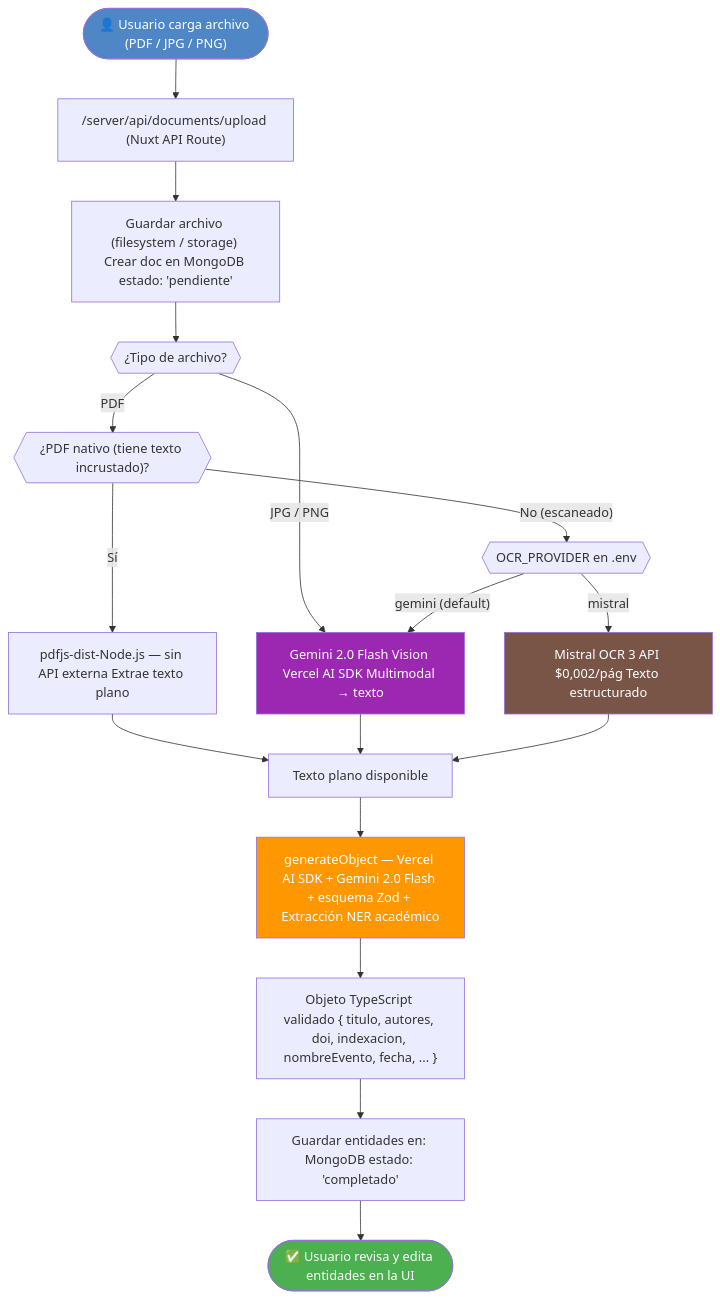
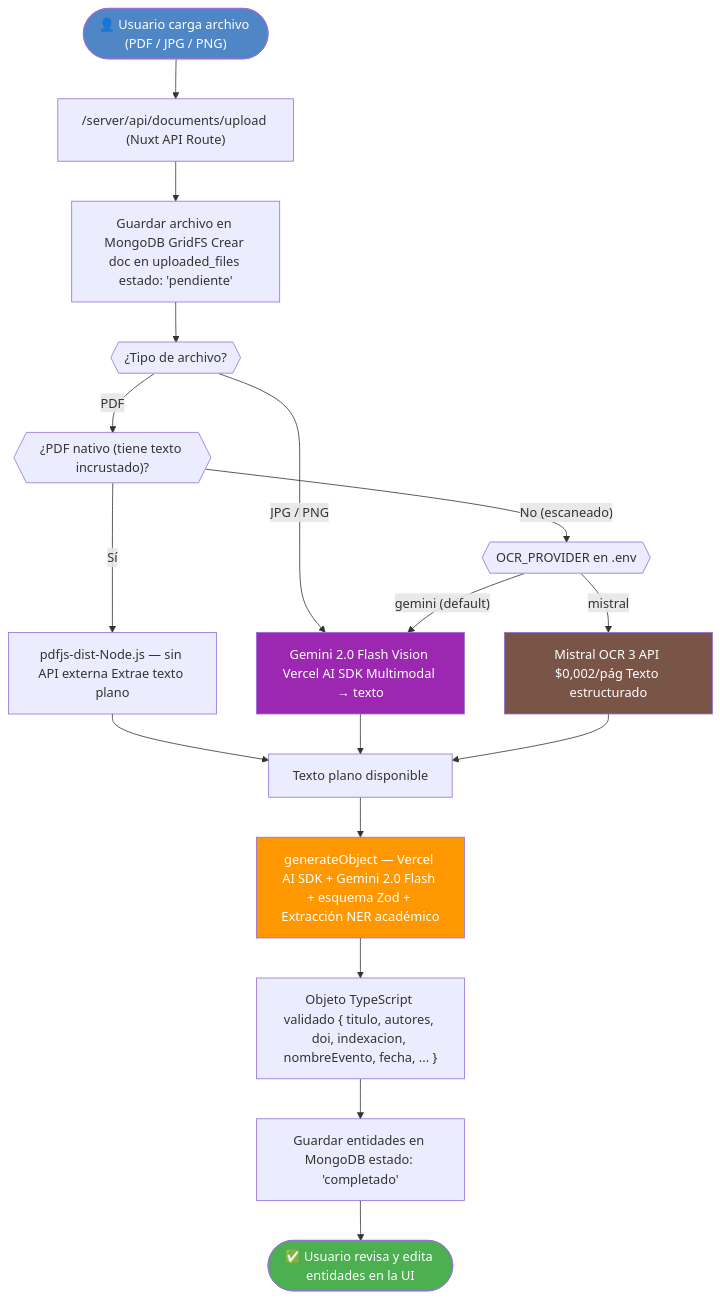
Before and after one commit to KarloZ7715/SIPAc: the second of 2 diagrams in docs/analisis-diseno/documentacion/03-arquitectura-tecnica.md, drawn with Mermaid. The commit also changed other lines of this file and 28 other files, not shown here.

Commit message:
docs(analisis): alinear arquitectura y diagramas

````diff
--- a/docs/analisis-diseno/documentacion/03-arquitectura-tecnica.md
+++ b/docs/analisis-diseno/documentacion/03-arquitectura-tecnica.md
@@ -178,30 +212,30 @@
 ```mermaid
 flowchart TD
     A(["👤 Usuario carga archivo (PDF / JPG / PNG)"]) --> B["/server/api/documents/upload (Nuxt API Route)"]
-    B --> C["Guardar archivo (filesystem / storage) Crear doc en MongoDB estado: 'pendiente'"]
+    B --> C["Guardar archivo en MongoDB GridFS Crear doc en uploaded_files estado: 'pendiente'"]
     C --> D{{"¿Tipo de archivo?"}}
 
     D -- "PDF" --> E{{"¿PDF nativo (tiene texto incrustado)?"}}
     D -- "JPG / PNG" --> H
 
     E -- "Sí" --> F["pdfjs-dist-Node.js — sin API externa Extrae texto plano"]
     E -- "No (escaneado)" --> G{{"OCR_PROVIDER en .env"}}
 
     G -- "gemini (default)" --> H["Gemini 2.0 Flash Vision Vercel AI SDK Multimodal → texto"]
     G -- "mistral" --> I["Mistral OCR 3 API $0,002/pág Texto estructurado"]
 
     F --> J["Texto plano disponible"]
     H --> J
     I --> J
 
     J --> K["generateObject — Vercel AI SDK + Gemini 2.0 Flash + esquema Zod + Extracción NER académico"]
     K --> L["Objeto TypeScript validado { titulo, autores, doi, indexacion, nombreEvento, fecha, ... }"]
-    L --> M["Guardar entidades en: MongoDB estado: 'completado'"]
+    L --> M["Guardar entidades en MongoDB estado: 'completado'"]
     M --> N(["✅ Usuario revisa y edita entidades en la UI"])
 
     style A fill:#4f86c6,color:#fff
     style N fill:#4caf50,color:#fff
     style K fill:#ff9800,color:#fff
     style H fill:#9c27b0,color:#fff
     style I fill:#795548,color:#fff
 ```
````
